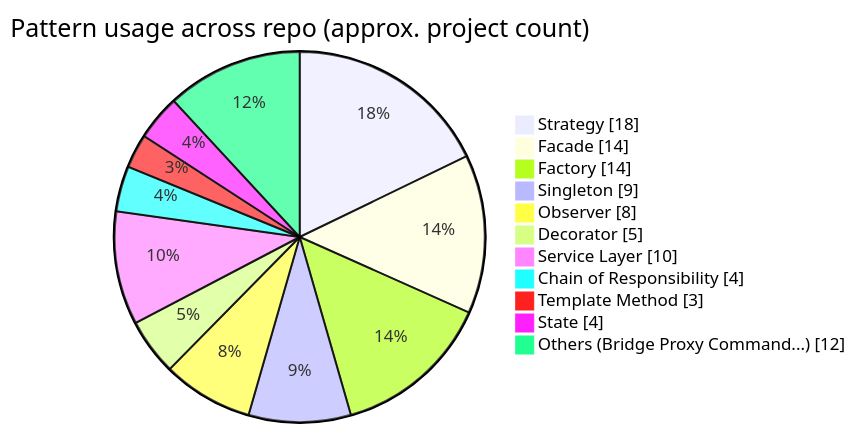
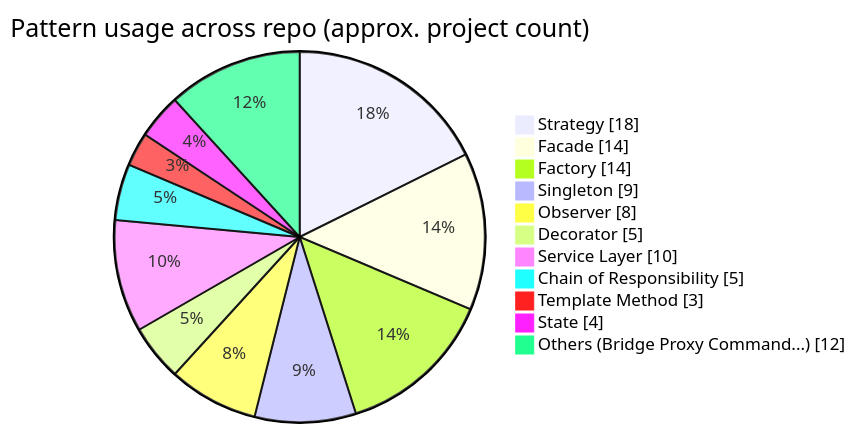
The second of 21 diagrams in docs/PROJECT_DESIGN_PATTERNS.md (subhm2004/LLD), drawn with Mermaid before and after one commit. The commit also changed other lines of this file and 53 other files, not shown here.

````diff
--- a/docs/PROJECT_DESIGN_PATTERNS.md
+++ b/docs/PROJECT_DESIGN_PATTERNS.md
@@ -74,15 +74,15 @@
 ```mermaid
 pie showData
     title Pattern usage across repo (approx. project count)
     "Strategy" : 18
     "Facade" : 14
     "Factory" : 14
     "Singleton" : 9
     "Observer" : 8
     "Decorator" : 5
     "Service Layer" : 10
-    "Chain of Responsibility" : 4
+    "Chain of Responsibility" : 5
     "Template Method" : 3
     "State" : 4
     "Others (Bridge Proxy Command...)" : 12
 ```
````
